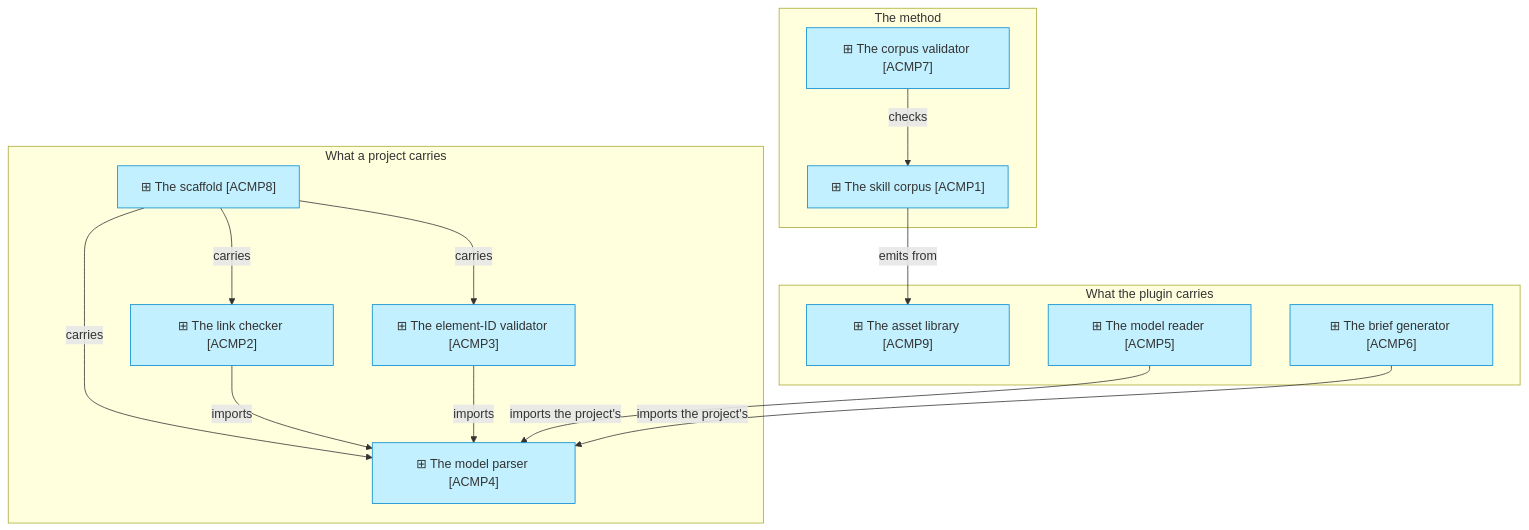
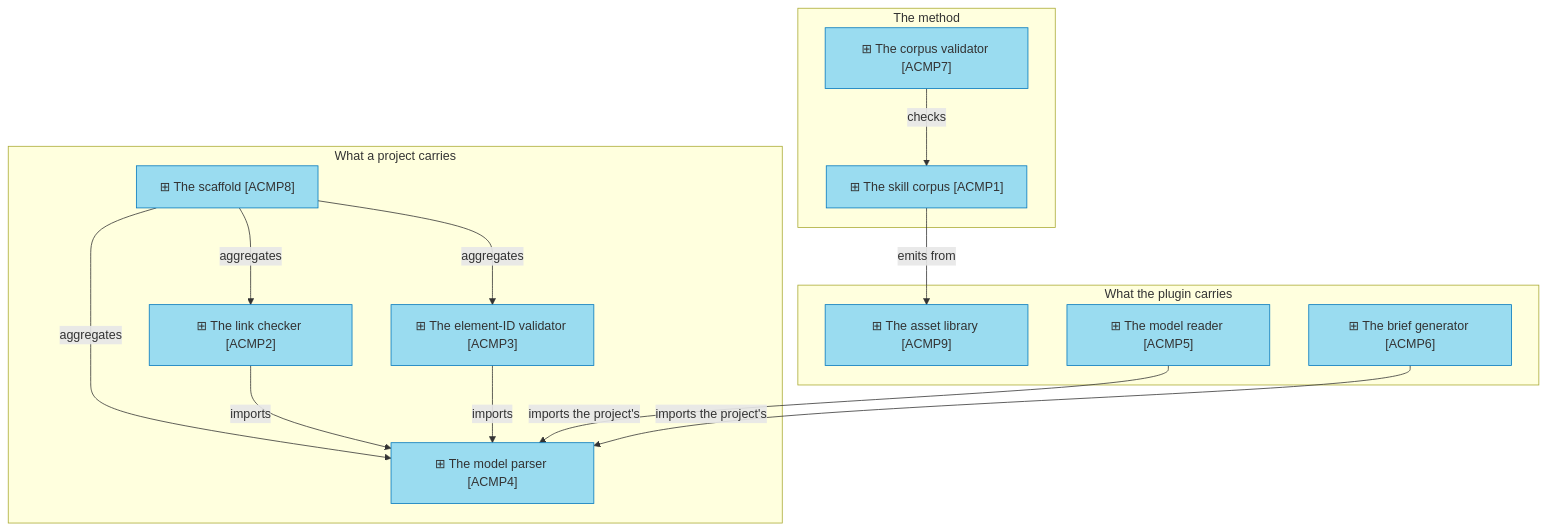
Before and after one commit to roanboc/architecture-archreator: the second of 2 diagrams in product-archreator/architecture/4_application/2_application-components.md, drawn with Mermaid. The commit also changed other lines of this file and 17 other files, not shown here.

````diff
--- a/product-archreator/architecture/4_application/2_application-components.md
+++ b/product-archreator/architecture/4_application/2_application-components.md
@@ -24,30 +28,30 @@
 ```mermaid
 flowchart TB
   subgraph corpus["The method"]
     c1["⊞ The skill corpus [ACMP1]"]:::app
     c7["⊞ The corpus validator [ACMP7]"]:::app
   end
   subgraph project["What a project carries"]
     c8["⊞ The scaffold [ACMP8]"]:::app
     c2["⊞ The link checker [ACMP2]"]:::app
     c3["⊞ The element-ID validator [ACMP3]"]:::app
     c4["⊞ The model parser [ACMP4]"]:::app
   end
   subgraph plugin["What the plugin carries"]
     c9["⊞ The asset library [ACMP9]"]:::app
     c5["⊞ The model reader [ACMP5]"]:::app
     c6["⊞ The brief generator [ACMP6]"]:::app
   end
 
   c7 -->|checks| c1
-  c8 -->|carries| c2
-  c8 -->|carries| c3
-  c8 -->|carries| c4
+  c8 -->|aggregates| c2
+  c8 -->|aggregates| c3
+  c8 -->|aggregates| c4
   c2 -->|imports| c4
   c3 -->|imports| c4
   c5 -->|imports the project's| c4
   c6 -->|imports the project's| c4
   c1 -->|emits from| c9
 
-  classDef app fill:#c2f0ff,stroke:#0288d1,color:#333
+  classDef app fill:#9adcf0,stroke:#0277bd,color:#333
 ```
````
